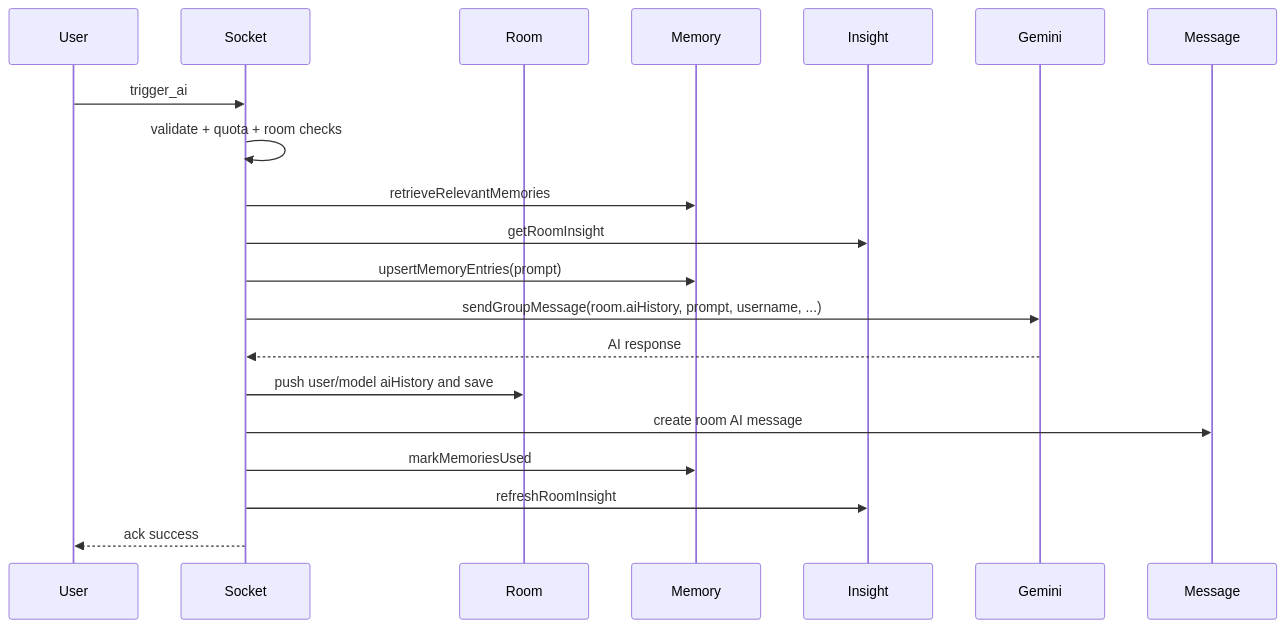
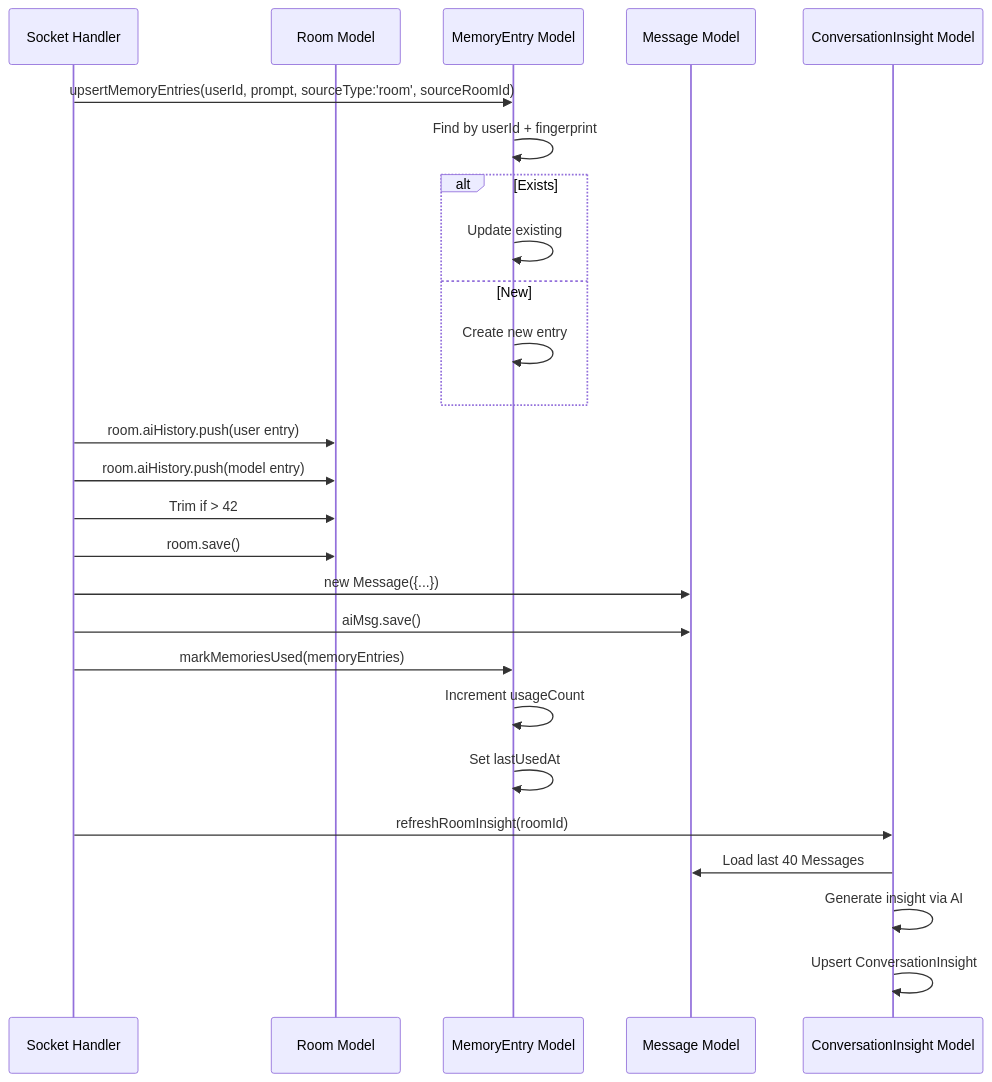
The sixth of 8 diagrams in docs/ai/07-room-ai-flow.md (Ganesh172919/Backend_Practice), drawn with Mermaid before and after one commit. The commit also changed other lines of this file and 6 other files, not shown here.

````diff
--- a/docs/ai/07-room-ai-flow.md
+++ b/docs/ai/07-room-ai-flow.md
@@ -53,23 +429,33 @@
 ```mermaid
 sequenceDiagram
-    participant User
-    participant Socket
-    participant Room
-    participant Memory
-    participant Insight
-    participant Gemini
-    participant Message
+    participant S as Socket Handler
+    participant Room as Room Model
+    participant Mem as MemoryEntry Model
+    participant Msg as Message Model
+    participant Insight as ConversationInsight Model
 
-    User->>Socket: trigger_ai
-    Socket->>Socket: validate + quota + room checks
-    Socket->>Memory: retrieveRelevantMemories
-    Socket->>Insight: getRoomInsight
-    Socket->>Memory: upsertMemoryEntries(prompt)
-    Socket->>Gemini: sendGroupMessage(room.aiHistory, prompt, username, ...)
-    Gemini-->>Socket: AI response
-    Socket->>Room: push user/model aiHistory and save
-    Socket->>Message: create room AI message
-    Socket->>Memory: markMemoriesUsed
-    Socket->>Insight: refreshRoomInsight
-    Socket-->>User: ack success
+    S->>Mem: upsertMemoryEntries(userId, prompt, sourceType:'room', sourceRoomId)
+    Mem->>Mem: Find by userId + fingerprint
+    alt Exists
+        Mem->>Mem: Update existing
+    else New
+        Mem->>Mem: Create new entry
+    end
+
+    S->>Room: room.aiHistory.push(user entry)
+    S->>Room: room.aiHistory.push(model entry)
+    S->>Room: Trim if > 42
+    S->>Room: room.save()
+
+    S->>Msg: new Message({...})
+    S->>Msg: aiMsg.save()
+
+    S->>Mem: markMemoriesUsed(memoryEntries)
+    Mem->>Mem: Increment usageCount
+    Mem->>Mem: Set lastUsedAt
+
+    S->>Insight: refreshRoomInsight(roomId)
+    Insight->>Msg: Load last 40 Messages
+    Insight->>Insight: Generate insight via AI
+    Insight->>Insight: Upsert ConversationInsight
 ```
````
